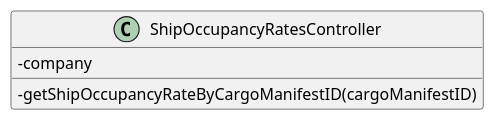
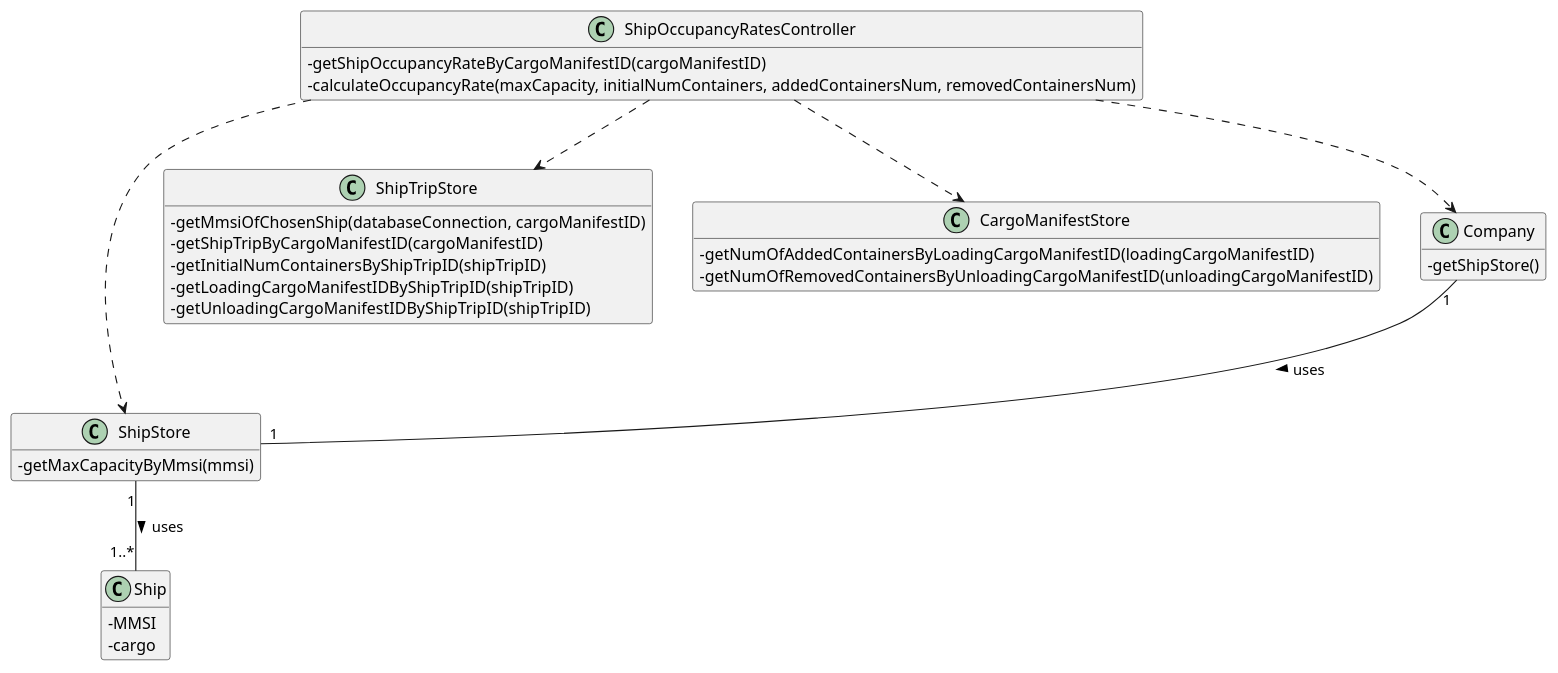
One commit to ana-albergaria/LAPR3-ISEP changed the diagram in docs/US208/US_208_CD.puml. Above: the diagram before and after it, drawn with PlantUML. The commit also changed 3 other files, not shown here.

```diff
--- a/docs/US208/US_208_CD.puml
+++ b/docs/US208/US_208_CD.puml
@@ -1,43 +1,60 @@
 @startuml
 
 hide empty methods
 hide empty attributes
 'left to right direction
 skinparam classAttributeIconSize 0
 
 class ShipOccupancyRatesController{
-- company
 - getShipOccupancyRateByCargoManifestID(cargoManifestID)
+- calculateOccupancyRate(maxCapacity, initialNumContainers, addedContainersNum, removedContainersNum)
 }
 
-'class Company{
-'- getShipStore()
-'}
+class ShipStore{
+- getMaxCapacityByMmsi(mmsi)
+}
+
+class ShipTripStore{
+- getMmsiOfChosenShip(databaseConnection, cargoManifestID)
+- getShipTripByCargoManifestID(cargoManifestID)
+- getInitialNumContainersByShipTripID(shipTripID)
+- getLoadingCargoManifestIDByShipTripID(shipTripID)
+- getUnloadingCargoManifestIDByShipTripID(shipTripID)
+}
+
+class CargoManifestStore{
+- getNumOfAddedContainersByLoadingCargoManifestID(loadingCargoManifestID)
+- getNumOfRemovedContainersByUnloadingCargoManifestID(unloadingCargoManifestID)
+}
+
+class Company{
+- getShipStore()
+}
+
+class Ship {
+- MMSI
+- cargo
+}
 
 'class ShipsStore{
 '- findShipByAnyCode(code)
 '}
 
 'class ShipsBST{
 '- findShipByMmsi(MMSI)
 '}
 
 'class BST{}
 
-'class Ship {
-'- MMSI
-'- cargo
-'}
-
 'preciso do cargo manifest com o id
 'preciso da ship trip pq ela contem o cargo manifest e o mmsi para o ship
 'vou procurar o ship com o mmsi da ship trip
 
-'ShipOccupancyRatesController ..> Company
-'ShipOccupancyRatesController ..> ShipsStore
-'Company "1" -- "1" ShipsStore : uses >
-'ShipsStore "1" -- "1" ShipsBST : uses >
-'ShipsBST ..> Ship
-'ShipsBST -|> BST
+ShipOccupancyRatesController ..> Company
+ShipOccupancyRatesController ..> ShipStore
+ShipOccupancyRatesController ..> ShipTripStore
+ShipOccupancyRatesController ..> CargoManifestStore
+Company "1" -- "1" ShipStore : uses >
+ShipStore "1" -- "1..*" Ship : uses >
 
 @enduml
```
